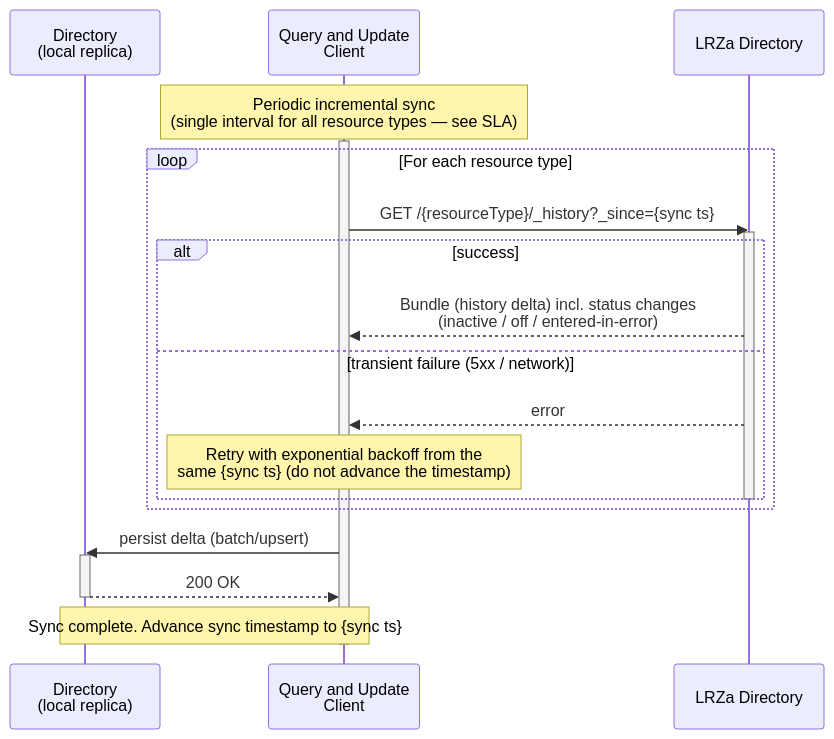
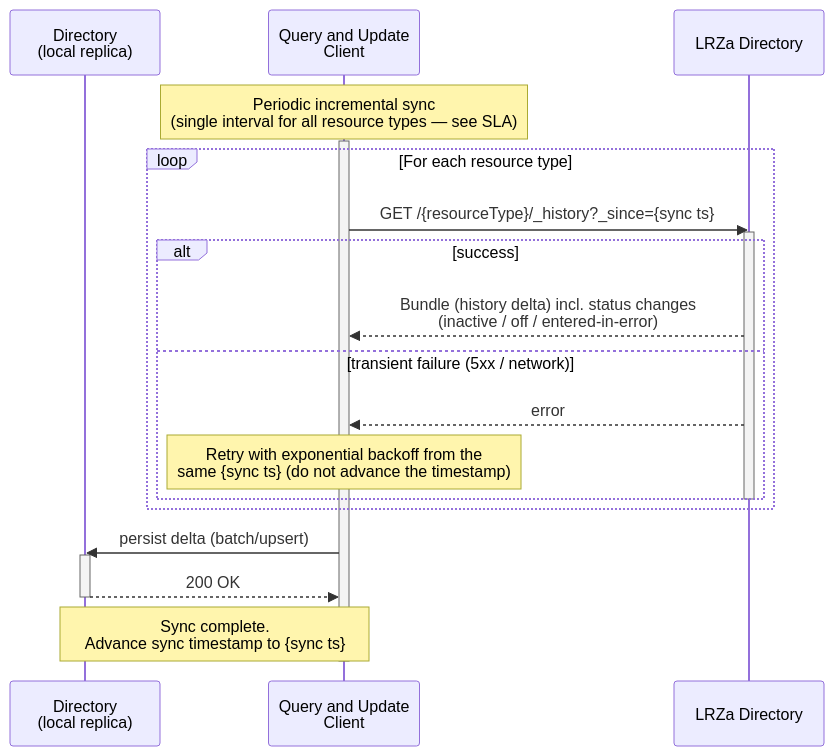
Before and after one commit to minvws/generiekefuncties-docs: the fourth of 8 diagrams in input/pagecontent/care-services.md, drawn with Mermaid. The commit also changed other lines of this file and 2 other files, not shown here.

Commit message:
fix mermaid scaling

````diff
--- a/input/pagecontent/care-services.md
+++ b/input/pagecontent/care-services.md
@@ -394,26 +394,26 @@
 ```mermaid
 sequenceDiagram
     participant QD as Directory<br/>(local replica)
     participant QUC as Query and Update<br/>Client
     participant LRZa as LRZa Directory
 
     Note over QUC: Periodic incremental sync<br/>(single interval for all resource types — see SLA)
     activate QUC
     loop For each resource type
         QUC->>LRZa: GET /{resourceType}/_history?_since={sync ts}
         activate LRZa
         alt success
             LRZa-->>QUC: Bundle (history delta) incl. status changes<br/>(inactive / off / entered-in-error)
         else transient failure (5xx / network)
             LRZa-->>QUC: error
             Note over QUC: Retry with exponential backoff from the<br/>same {sync ts} (do not advance the timestamp)
         end
         deactivate LRZa
     end
     QUC->>QD: persist delta (batch/upsert)
     activate QD
     QD-->>QUC: 200 OK
     deactivate QD
-    Note over QUC,QD: Sync complete. Advance sync timestamp to {sync ts}
+    Note over QUC,QD: Sync complete.<br/>Advance sync timestamp to {sync ts}
     deactivate QUC
 ```
````
